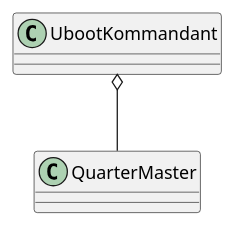
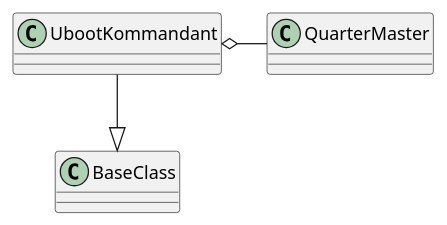
One commit to russell-n/theape changed the diagram in ape/interface/ubootkommandant.rst. Above: the diagram before and after it, drawn with PlantUML. The commit also changed other lines of this file and 61 other files, not shown here.

```diff
--- a/ape/interface/ubootkommandant.rst
+++ b/ape/interface/ubootkommandant.rst
@@ -9,3 +30,4 @@
 .. uml::
 
-   UbootKommandant o-- QuarterMaster
+   UbootKommandant o- QuarterMaster
+   UbootKommandant --|> BaseClass
```
